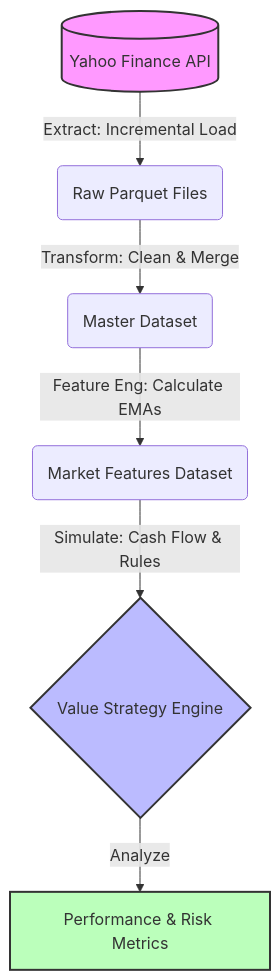
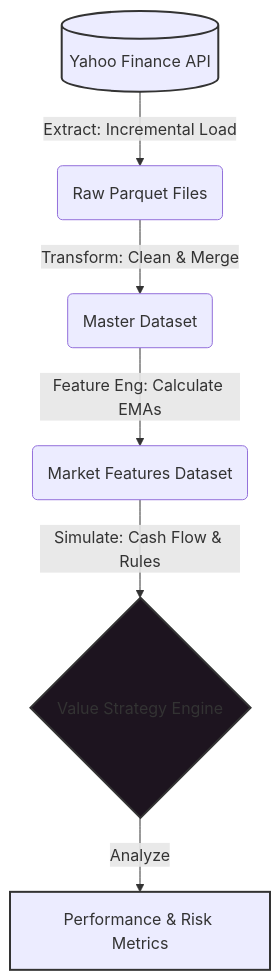
One commit to Agustin-Garcia-Pais-Argentina/Basic-EMAvsDCA_Strategy_engine changed the diagram in README.md. Above: the diagram before and after it, drawn with Mermaid.

Commit message:
Mermaid Architecture graph included in readmeV2, better colouring

````diff
--- a/README.md
+++ b/README.md
@@ -18,12 +18,12 @@
 ```mermaid
 graph TD
     A[(Yahoo Finance API)] -->|Extract: Incremental Load| B(Raw Parquet Files)
     B -->|Transform: Clean & Merge| C(Master Dataset)
     C -->|Feature Eng: Calculate EMAs| D(Market Features Dataset)
     D -->|Simulate: Cash Flow & Rules| E{Value Strategy Engine}
     E -->|Analyze| F[Performance & Risk Metrics]
     
-    style A fill:#f9f,stroke:#333,stroke-width:2px
-    style E fill:#bbf,stroke:#333,stroke-width:2px
-    style F fill:#bfb,stroke:#333,stroke-width:2px
+    style A fill:##452445,stroke:#333,stroke-width:2px
+    style E fill:#1d141f,stroke:#333,stroke-width:2px
+    style F fill:##516e51,stroke:#333,stroke-width:2px
 ```
````
